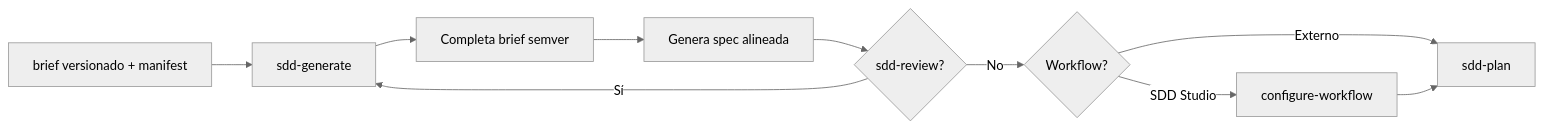
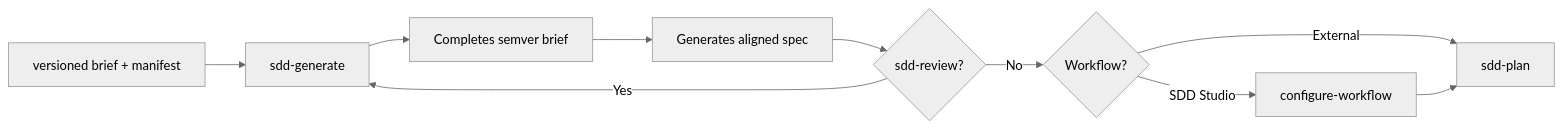
One commit to JaredAzcarate/sdd-studio changed the second of 2 diagrams in docs/SKILLS.md. Above: the diagram before and after it, drawn with Mermaid (neutral theme). The commit also changed other lines of this file and 9 other files, not shown here.

````diff
--- a/docs/SKILLS.md
+++ b/docs/SKILLS.md
@@ -238,12 +238,12 @@
 ```mermaid
 flowchart LR
-  INIT[brief versionado + manifest] --> GEN[sdd-generate]
-  GEN --> BRIEF[Completa brief semver]
-  BRIEF --> SPEC[Genera spec alineada]
+  INIT[versioned brief + manifest] --> GEN[sdd-generate]
+  GEN --> BRIEF[Completes semver brief]
+  BRIEF --> SPEC[Generates aligned spec]
   SPEC --> REV{sdd-review?}
-  REV -->|Sí| GEN
+  REV -->|Yes| GEN
   REV -->|No| WF{Workflow?}
   WF -->|SDD Studio| CW[configure-workflow]
-  WF -->|Externo| PLAN[sdd-plan]
+  WF -->|External| PLAN[sdd-plan]
   CW --> PLAN
 ```
````
